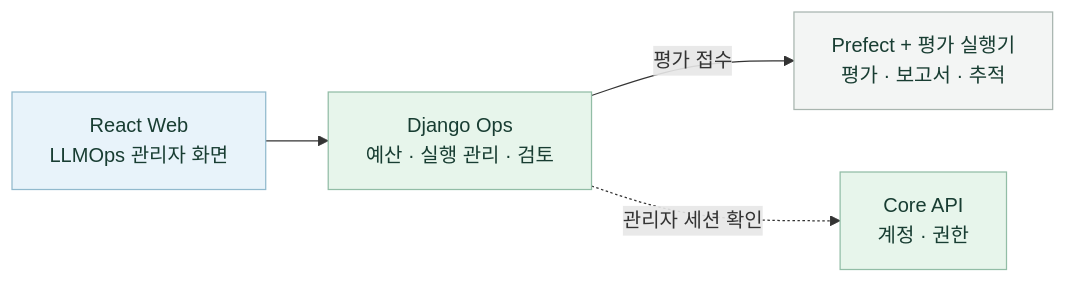
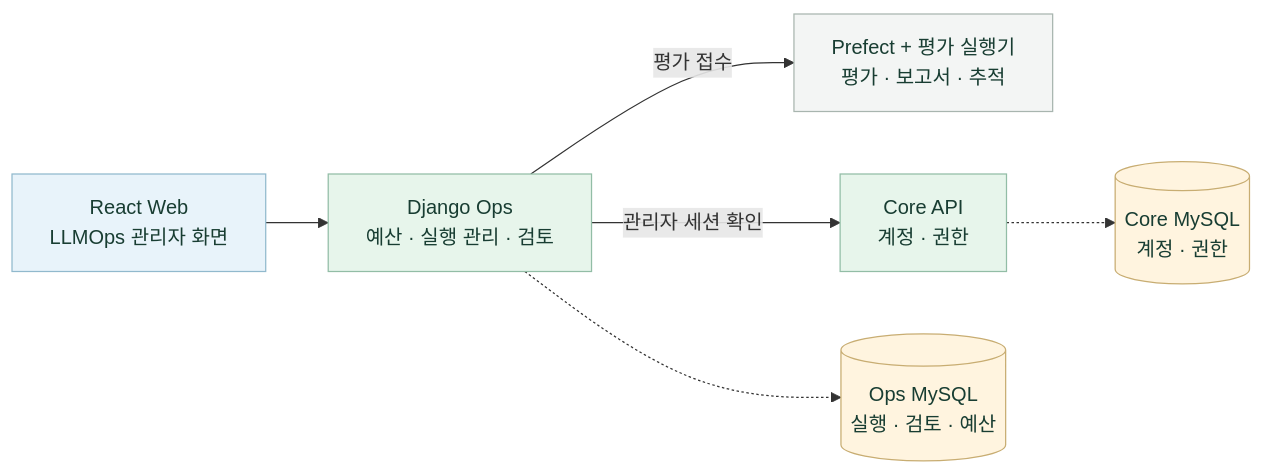
The fifth of 7 diagrams in README.md (20220348-kim/SKN34-4th-1Team), drawn with Mermaid before and after one commit. The commit also changed other lines of this file, not shown here.

````diff
--- a/README.md
+++ b/README.md
@@ -151,12 +179,16 @@
 ```mermaid
 flowchart LR
     Admin["React Web<br/>LLMOps 관리자 화면"] --> Ops["Django Ops<br/>예산 · 실행 관리 · 검토"]
     Ops -->|평가 접수| Evaluation["Prefect + 평가 실행기<br/>평가 · 보고서 · 추적"]
-    Ops -.->|관리자 세션 확인| Core["Core API<br/>계정 · 권한"]
+    Ops -->|관리자 세션 확인| Core["Core API<br/>계정 · 권한"]
+    Ops -.-> OpsDB[("Ops MySQL<br/>실행 · 검토 · 예산")]
+    Core -.-> CoreDB[("Core MySQL<br/>계정 · 권한")]
     classDef client fill:#e8f3fa,stroke:#91b9cd,color:#183d32
     classDef service fill:#e7f5eb,stroke:#92bda6,color:#183d32
     classDef execution fill:#f3f5f4,stroke:#a8b5af,color:#183d32
+    classDef storage fill:#fff4df,stroke:#c8ad72,color:#183d32
     class Admin client
     class Ops,Core service
     class Evaluation execution
+    class OpsDB,CoreDB storage
 ```
````
